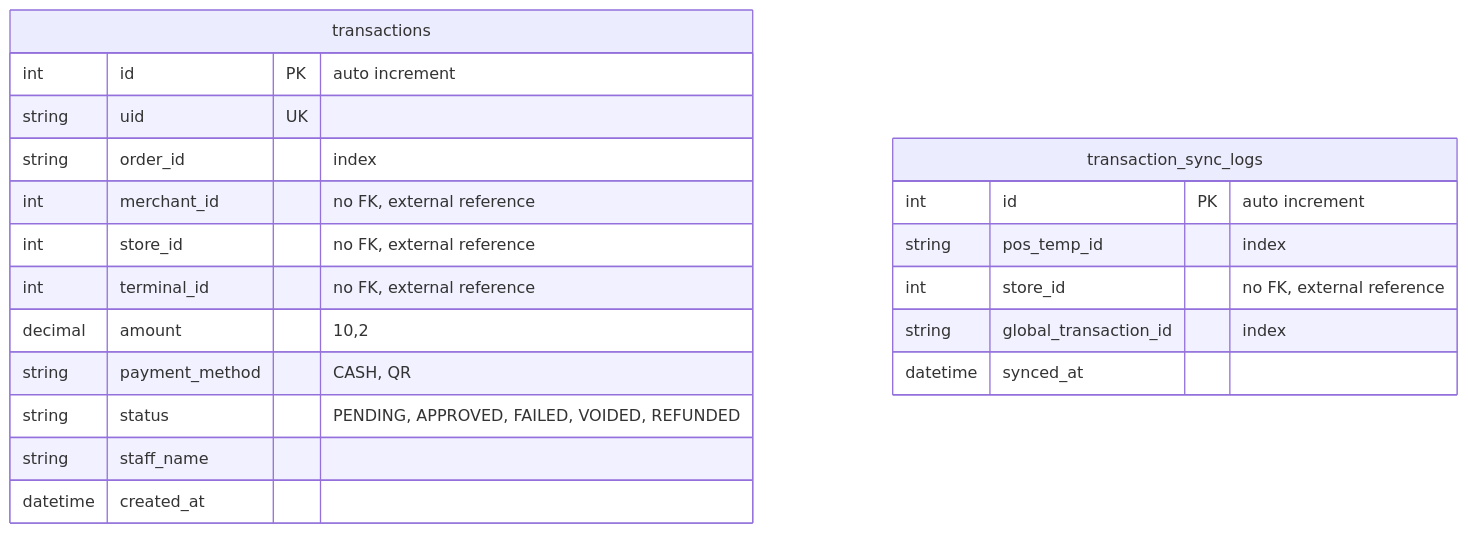
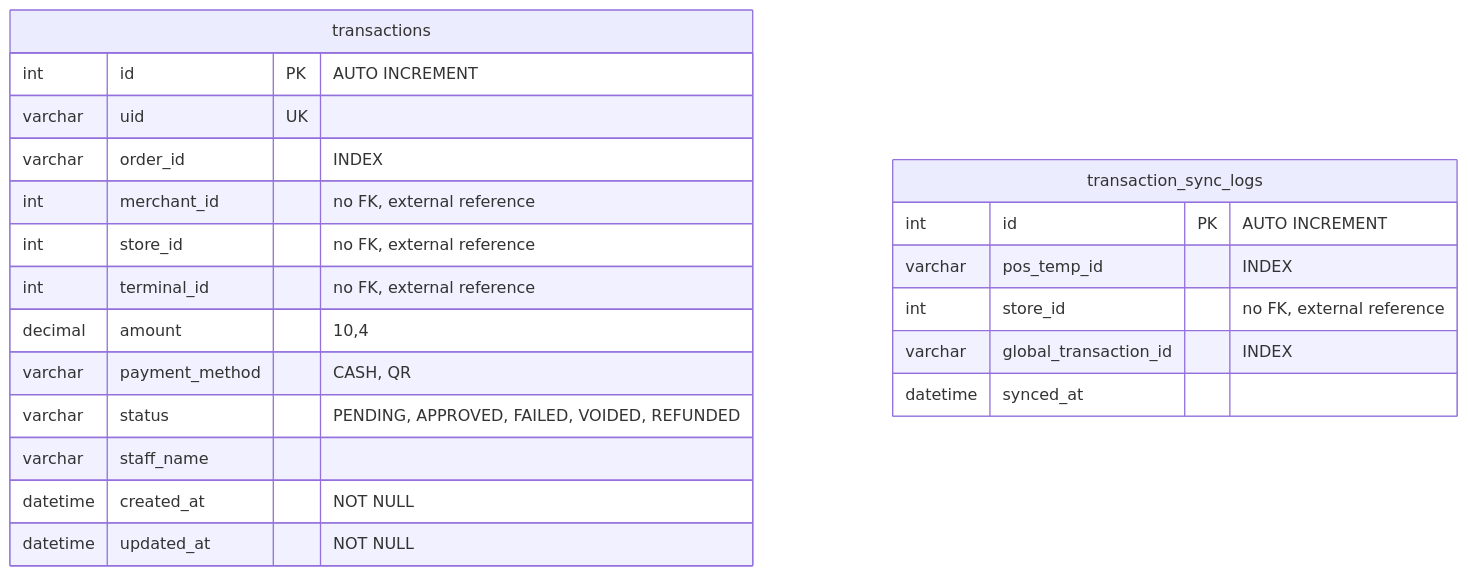
Before and after one commit to apisit110/pos-center: the diagram in docs/portal/erdiagram/transaction-management.md, drawn with Mermaid. The commit also changed other lines of this file and 3 other files, not shown here.

First line of the commit message:
Enhance ER diagrams and data dictionaries for pin, staff management, and transaction management

````diff
--- a/docs/portal/erdiagram/transaction-management.md
+++ b/docs/portal/erdiagram/transaction-management.md
@@ -1,24 +1,25 @@
 ```mermaid
 erDiagram
-    transactions {
-        int id PK "auto increment"
-        string uid UK
-        string order_id "index"
-        int merchant_id "no FK, external reference"
-        int store_id "no FK, external reference"
-        int terminal_id "no FK, external reference"
-        decimal amount "10,2"
-        string payment_method "CASH, QR"
-        string status "PENDING, APPROVED, FAILED, VOIDED, REFUNDED"
-        string staff_name
-        datetime created_at
-    }
+  transactions {
+    int id PK "AUTO INCREMENT"
+    varchar uid UK
+    varchar order_id "INDEX"
+    int merchant_id "no FK, external reference"
+    int store_id "no FK, external reference"
+    int terminal_id "no FK, external reference"
+    decimal amount "10,4"
+    varchar payment_method "CASH, QR"
+    varchar status "PENDING, APPROVED, FAILED, VOIDED, REFUNDED"
+    varchar staff_name
+    datetime created_at "NOT NULL"
+    datetime updated_at "NOT NULL"
+  }
 
-    transaction_sync_logs {
-        int id PK "auto increment"
-        string pos_temp_id "index"
-        int store_id "no FK, external reference"
-        string global_transaction_id "index"
-        datetime synced_at
-    }
+  transaction_sync_logs {
+    int id PK "AUTO INCREMENT"
+    varchar pos_temp_id "INDEX"
+    int store_id "no FK, external reference"
+    varchar global_transaction_id "INDEX"
+    datetime synced_at
+  }
 ```
````
